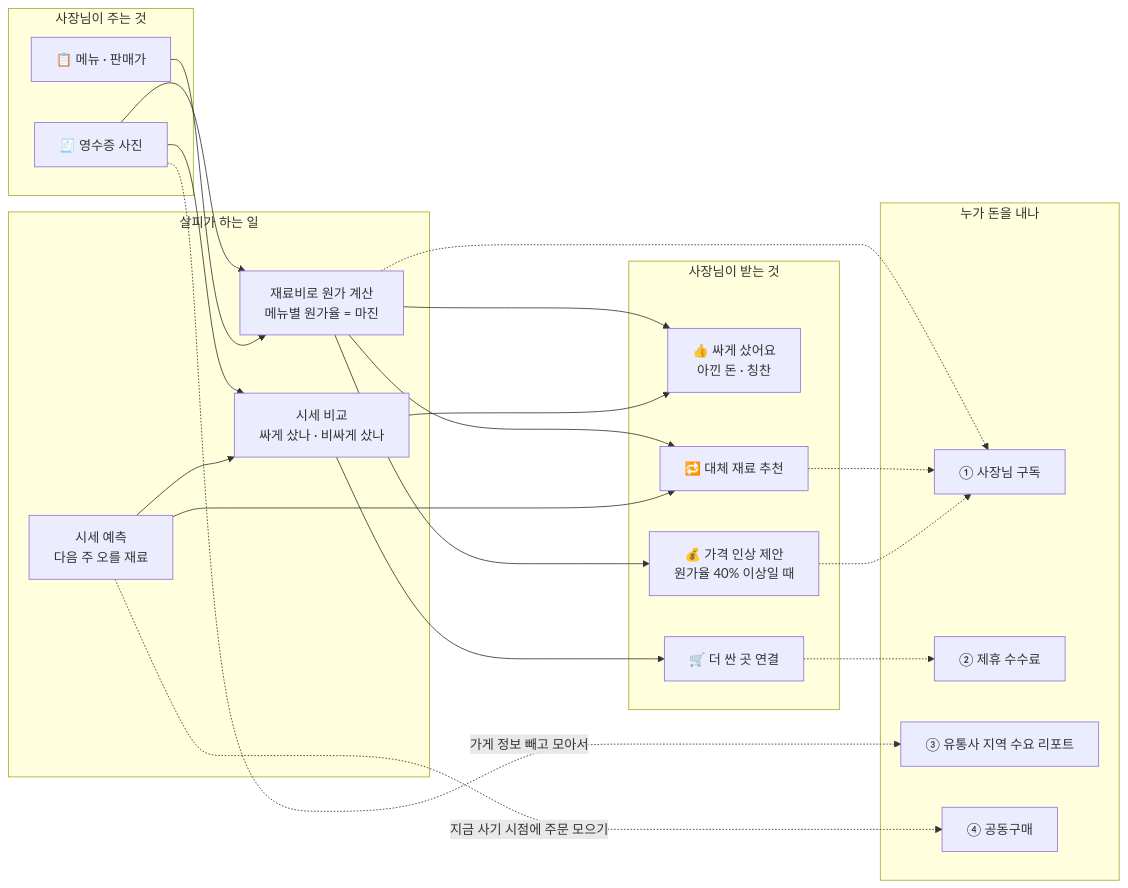
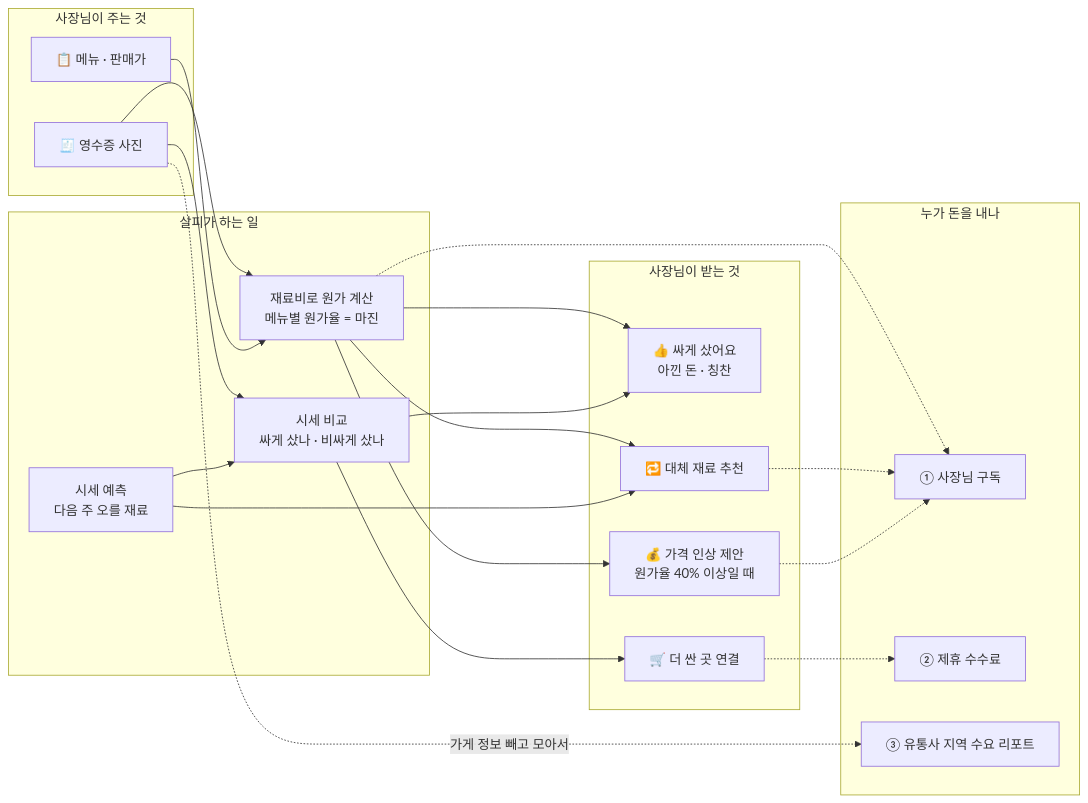
One commit to k-1026/jangbaguni changed the diagram in plan/bm/1112_bm_canvas.md. Above: the diagram before and after it, drawn with Mermaid. The commit also changed other lines of this file and 1 other file, not shown here.

Commit message:
docs : plan/bm 공동구매 · 대구 상인회 삭제, 쿠팡 요율 3% · 식봄 검증 결과 · 설문 진행 중 · 고객 범위 반영

````diff
--- a/plan/bm/1112_bm_canvas.md
+++ b/plan/bm/1112_bm_canvas.md
@@ -20,45 +20,43 @@
 ```mermaid
 flowchart LR
     subgraph IN["사장님이 주는 것"]
         R["🧾 영수증 사진"]
         M["📋 메뉴 · 판매가"]
     end
 
     subgraph SALPI["살피가 하는 일"]
         C["재료비로 원가 계산<br/>메뉴별 원가율 = 마진"]
         P["시세 비교<br/>싸게 샀나 · 비싸게 샀나"]
         F["시세 예측<br/>다음 주 오를 재료"]
     end
 
     subgraph OUT["사장님이 받는 것"]
         G["👍 싸게 샀어요<br/>아낀 돈 · 칭찬"]
         S["🔁 대체 재료 추천"]
         U["💰 가격 인상 제안<br/>원가율 40% 이상일 때"]
         L["🛒 더 싼 곳 연결"]
     end
 
     R --> C
     M --> C
     R --> P
     F --> P
     C --> G
     C --> S
     C --> U
     P --> G
     P --> L
     F --> S
 
     subgraph MONEY["누가 돈을 내나"]
         M1["① 사장님 구독"]
         M2["② 제휴 수수료"]
         M3["③ 유통사 지역 수요 리포트"]
-        M4["④ 공동구매"]
     end
 
     C -.-> M1
     S -.-> M1
     U -.-> M1
     L -.-> M2
     R -.->|가게 정보 빼고 모아서| M3
-    F -.->|지금 사기 시점에 주문 모으기| M4
 ```
````
